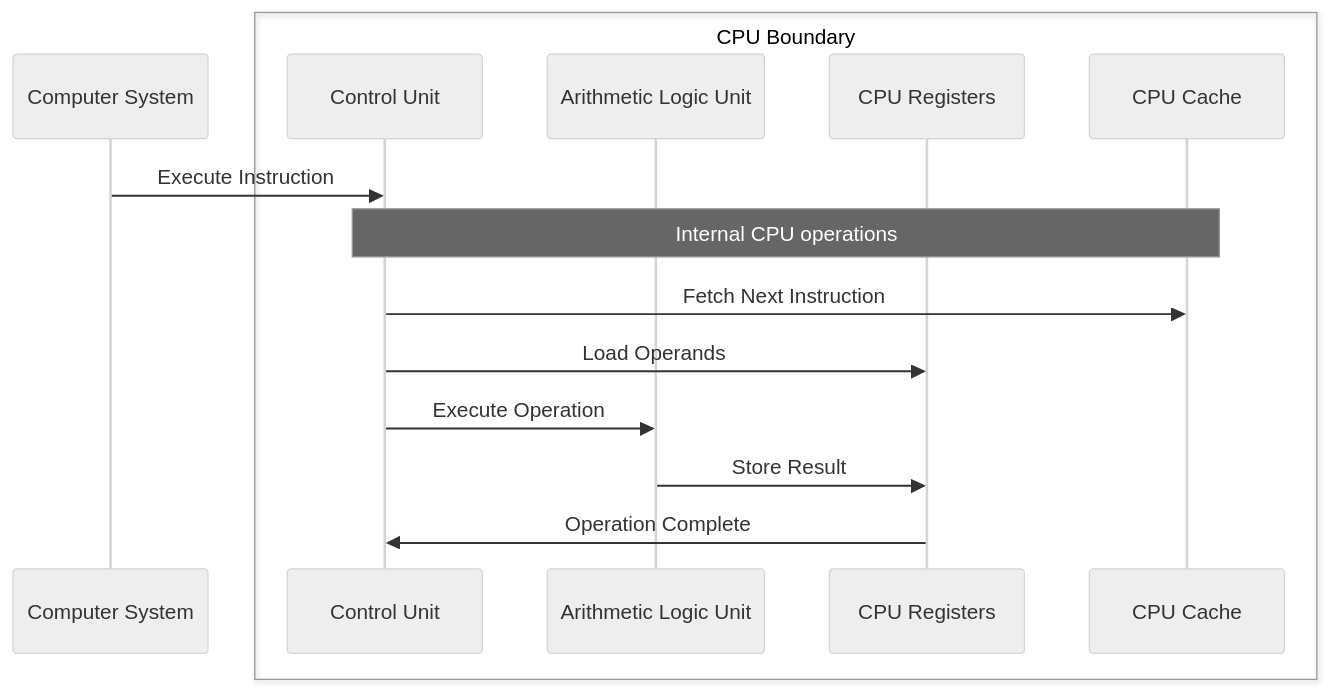
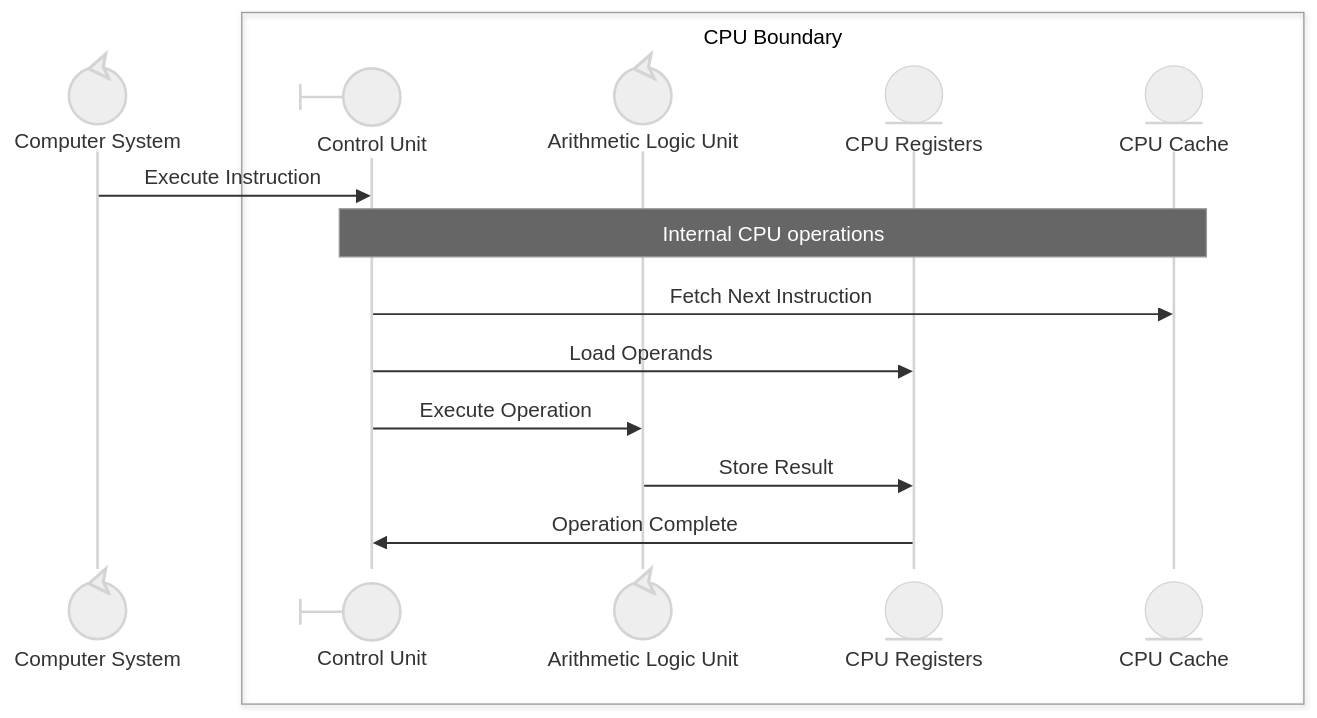
The third of 13 diagrams in OrgDocument/projects/03 - Building Skills Iteration 2/artifacts/Sample Data/hierarchy-examples.md (zhongadamwang/AI_Slowcooker), drawn with Mermaid (neutral theme) before and after one commit. The commit also changed other lines of this file and 2 other files, not shown here.

````diff
--- a/OrgDocument/projects/03 - Building Skills Iteration 2/artifacts/Sample Data/hierarchy-examples.md
+++ b/OrgDocument/projects/03 - Building Skills Iteration 2/artifacts/Sample Data/hierarchy-examples.md
@@ -59,20 +61,20 @@
 ```mermaid
 sequenceDiagram
-    participant System as Computer System
+    participant System@{ "type" : "control" } as Computer System
     
     box CPU Boundary
-        participant Control as Control Unit
-        participant ALU as Arithmetic Logic Unit  
-        participant Registers as CPU Registers
-        participant Cache as CPU Cache
+        participant Control@{ "type" : "boundary" } as Control Unit
+        participant ALU@{ "type" : "control" } as Arithmetic Logic Unit  
+        participant Registers@{ "type" : "entity" } as CPU Registers
+        participant Cache@{ "type" : "entity" } as CPU Cache
     end
     
     System->>Control: Execute Instruction
     
     Note over Control,Cache: Internal CPU operations
     Control->>Cache: Fetch Next Instruction
     Control->>Registers: Load Operands
     Control->>ALU: Execute Operation
     ALU->>Registers: Store Result
     Registers->>Control: Operation Complete
 ```
````
